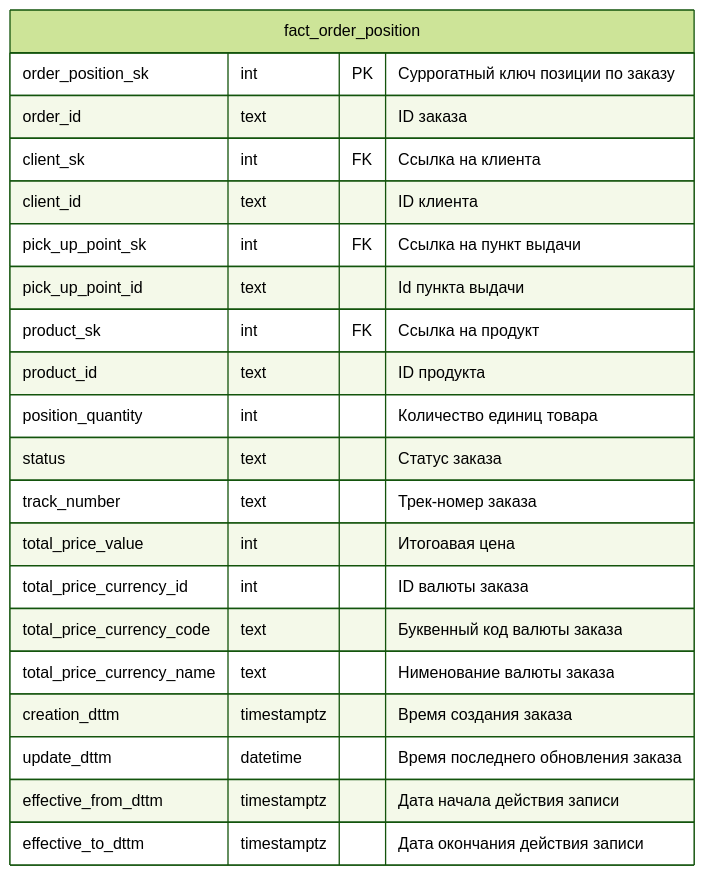
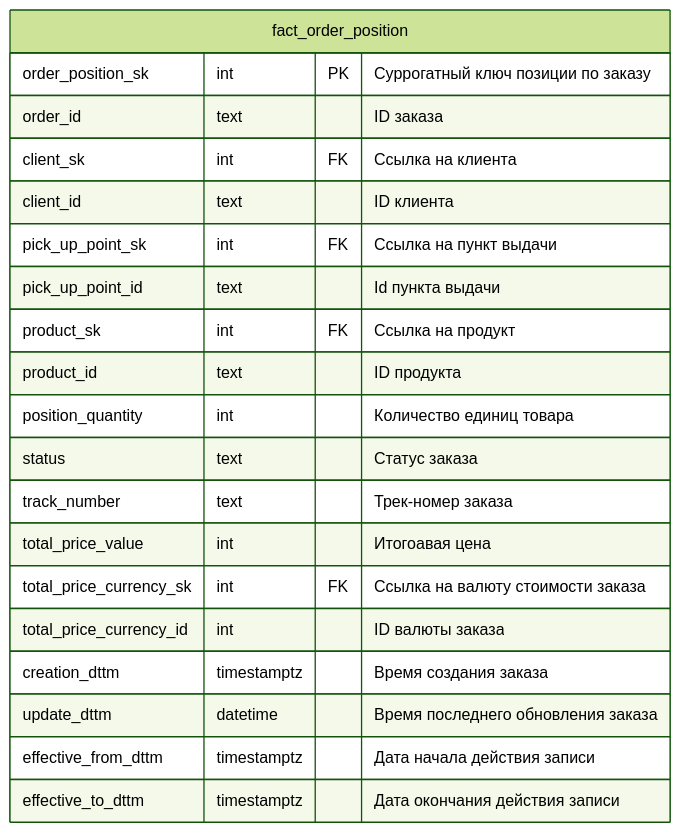
One commit to vgorbikov/dq-practice changed the sixth of 9 diagrams in docs/db_schema/Базовые ввитрины.md. Above: the diagram before and after it, drawn with Mermaid (forest theme). The commit also changed other lines of this file and 3 other files, not shown here.

````diff
--- a/docs/db_schema/Базовые ввитрины.md
+++ b/docs/db_schema/Базовые ввитрины.md
@@ -115,25 +132,24 @@
 ```mermaid
 erDiagram
 
 fact_order_position {
     order_position_sk int PK "Суррогатный ключ позиции по заказу"
     order_id text "ID заказа"
     client_sk int FK "Ссылка на клиента"
     client_id text "ID клиента"
     pick_up_point_sk int FK "Ссылка на пункт выдачи"
     pick_up_point_id text "Id пункта выдачи"
     product_sk int FK "Ссылка на продукт"
     product_id text "ID продукта"
     position_quantity int "Количество единиц товара"
     status text "Статус заказа"
     track_number text "Трек-номер заказа"
     total_price_value int "Итогоавая цена"
+    total_price_currency_sk int FK "Ссылка на валюту стоимости заказа"
     total_price_currency_id int "ID валюты заказа"
-    total_price_currency_code text "Буквенный код валюты заказа"
-    total_price_currency_name text "Нименование валюты заказа"
     creation_dttm timestamptz "Время создания заказа"
     update_dttm datetime "Время последнего обновления заказа"
     effective_from_dttm timestamptz "Дата начала действия записи"
     effective_to_dttm timestamptz "Дата окончания действия записи"
 }
 ```
````
